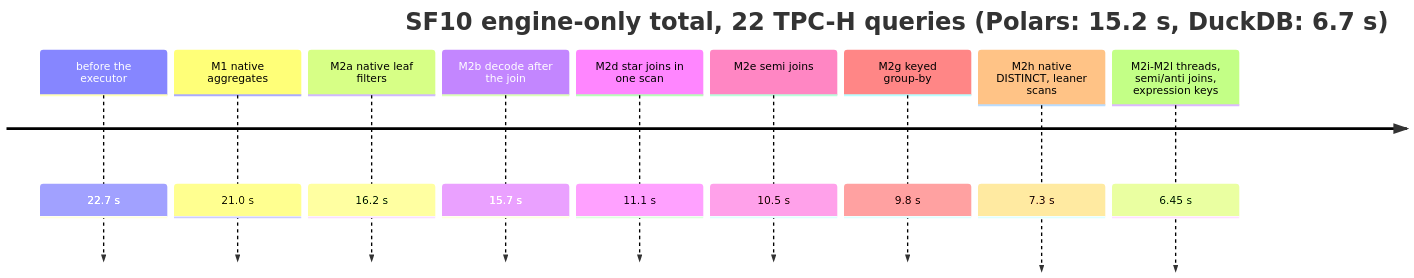
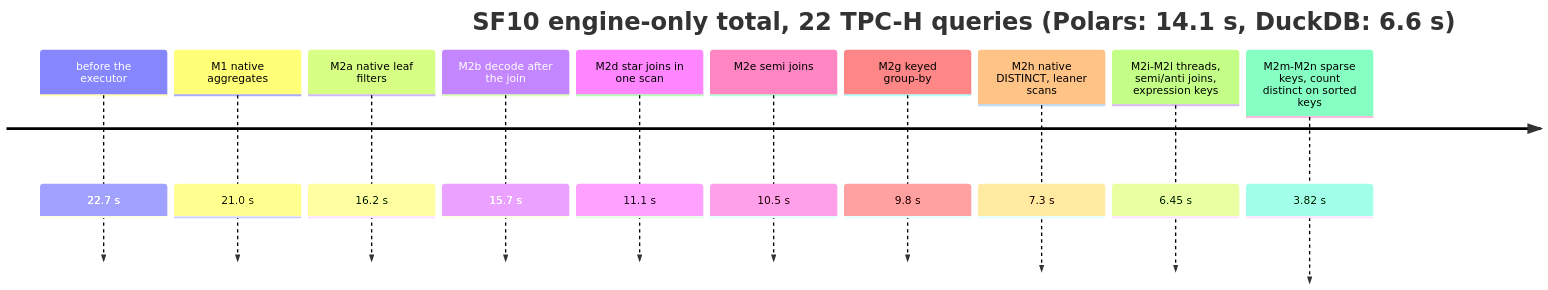
One commit to abhisheksreesaila/mxframe changed the second of 5 diagrams in docs/optimizations.md. Above: the diagram before and after it, drawn with Mermaid. The commit also changed other lines of this file and 8 other files, not shown here.

Commit message:
F-039: numbers after M2m + F-023 (same-run three-engine benchmark m2n-engine: SF10 3.82 s vs Polars 14.12 / DuckDB 6.57, 21/21 verified; SF1 0.52 s vs 1.33 / 2.20, 15/22); M2m and M2n sections; charts count only verified wins and name a wrong result's engine

````diff
--- a/docs/optimizations.md
+++ b/docs/optimizations.md
@@ -48,13 +48,14 @@
 ```mermaid
 timeline
-    title SF10 engine-only total, 22 TPC-H queries (Polars: 15.2 s, DuckDB: 6.7 s)
+    title SF10 engine-only total, 22 TPC-H queries (Polars: 14.1 s, DuckDB: 6.6 s)
     before the executor : 22.7 s
     M1 native aggregates : 21.0 s
     M2a native leaf filters : 16.2 s
     M2b decode after the join : 15.7 s
     M2d star joins in one scan : 11.1 s
     M2e semi joins : 10.5 s
     M2g keyed group-by : 9.8 s
     M2h native DISTINCT, leaner scans : 7.3 s
     M2i-M2l threads, semi/anti joins, expression keys : 6.45 s
+    M2m-M2n sparse keys, count distinct on sorted keys : 3.82 s
 ```
````
